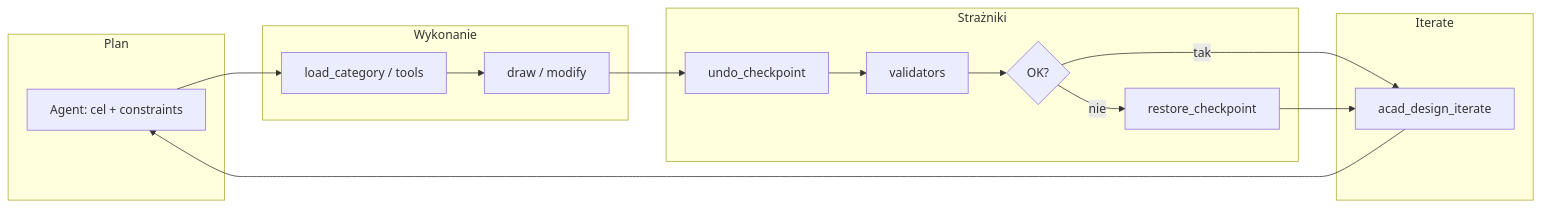
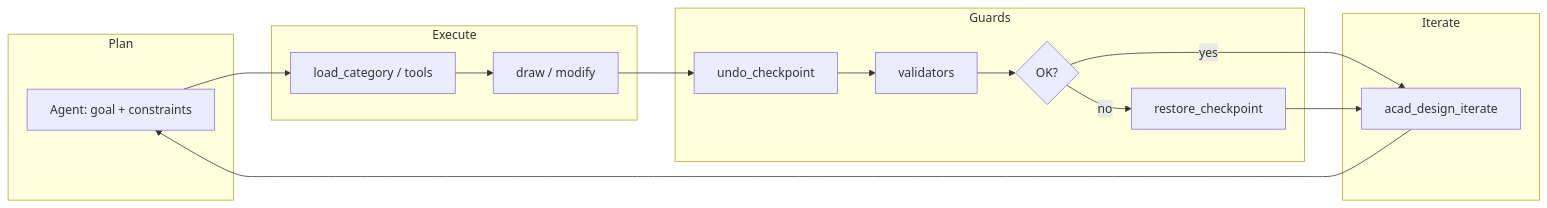
The diagram in docs/PHASE-7-8-ROADMAP.md (AI4CharityPL/toolbank-autocad), drawn with Mermaid before and after one commit. The commit also changed other lines of this file and 4 other files, not shown here.

````diff
--- a/docs/PHASE-7-8-ROADMAP.md
+++ b/docs/PHASE-7-8-ROADMAP.md
@@ -95,23 +98,23 @@
 ```mermaid
 flowchart LR
   subgraph plan [Plan]
-    A[Agent: cel + constraints]
+    A[Agent: goal + constraints]
   end
-  subgraph act [Wykonanie]
+  subgraph act [Execute]
     B[load_category / tools]
     C[draw / modify]
   end
-  subgraph guard [Strażniki]
+  subgraph guard [Guards]
     D[undo_checkpoint]
     E[validators]
     F{OK?}
     G[restore_checkpoint]
   end
   subgraph loop [Iterate]
     H[acad_design_iterate]
   end
   A --> B --> C --> D --> E --> F
-  F -->|tak| H
-  F -->|nie| G --> H
+  F -->|yes| H
+  F -->|no| G --> H
   H --> A
 ```
````
